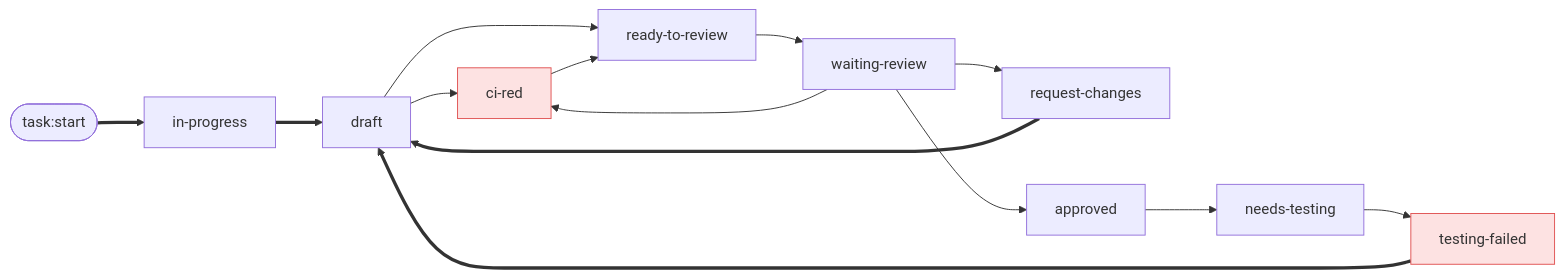
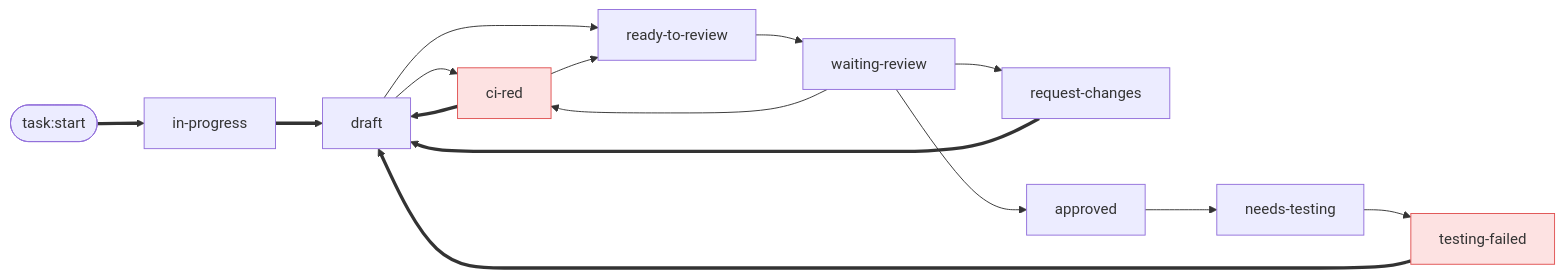
Before and after one commit to Korbeil/presentations: the diagram in 2026-11-ia-pablo/slides/content/chapter/states.md, drawn with Mermaid.

Commit message:
fix(ia-pablo): state graph — add ci-red → draft arrow (CI fix via /pablo-commit-and-pr)

````diff
--- a/2026-11-ia-pablo/slides/content/chapter/states.md
+++ b/2026-11-ia-pablo/slides/content/chapter/states.md
@@ -7,18 +7,19 @@
 ```mermaid {scale: 0.5}
 flowchart LR
   S([task:start]) ==> IP[in-progress]
   IP ==> D[draft]
   D --> CR[ci-red]
   D --> RR[ready-to-review]
   CR --> RR
   RR --> WR[waiting-review]
   WR --> CR
   WR --> RC[request-changes]
   WR --> AP[approved]
   AP --> NT[needs-testing]
   NT --> TF[testing-failed]
+  CR ==> D
   RC ==> D
   TF ==> D
   classDef red fill:#fde2e2,stroke:#e05252
   class CR,TF red
 ```
````
